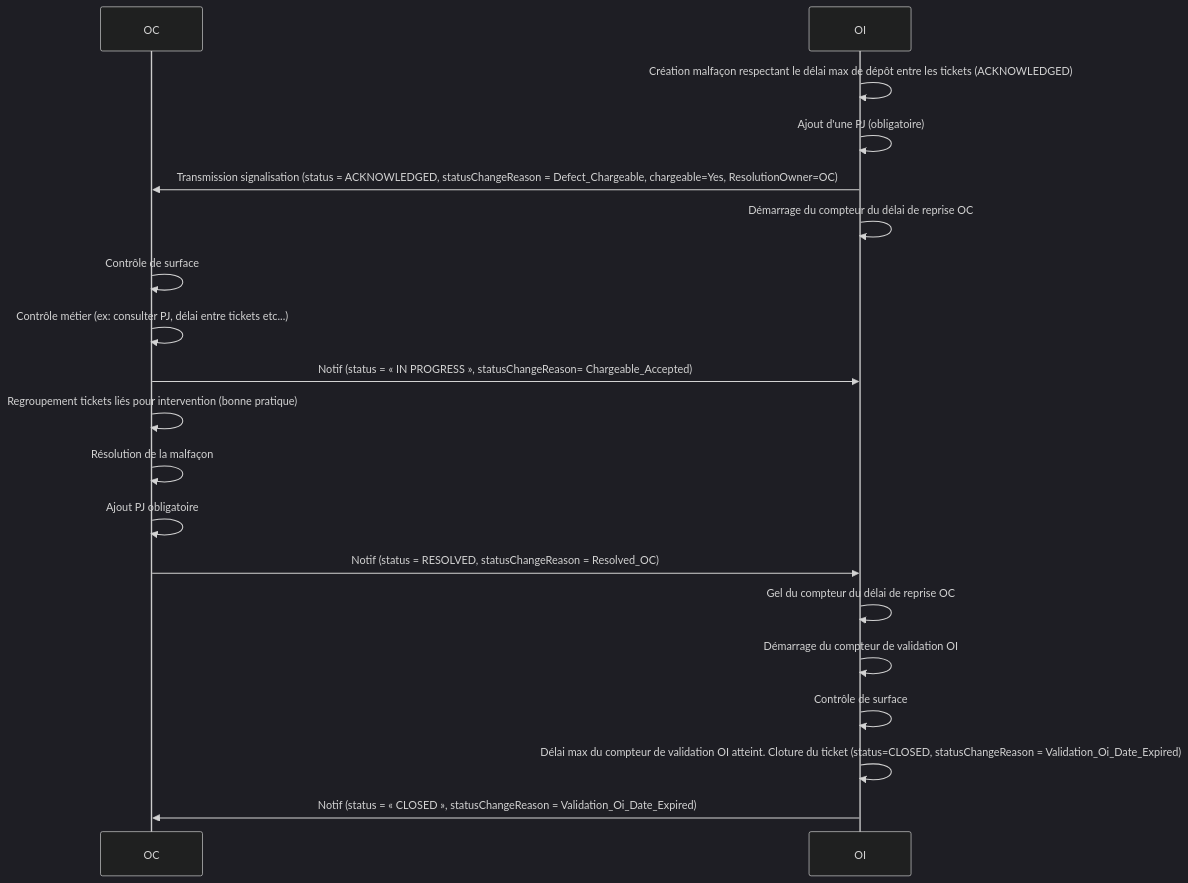
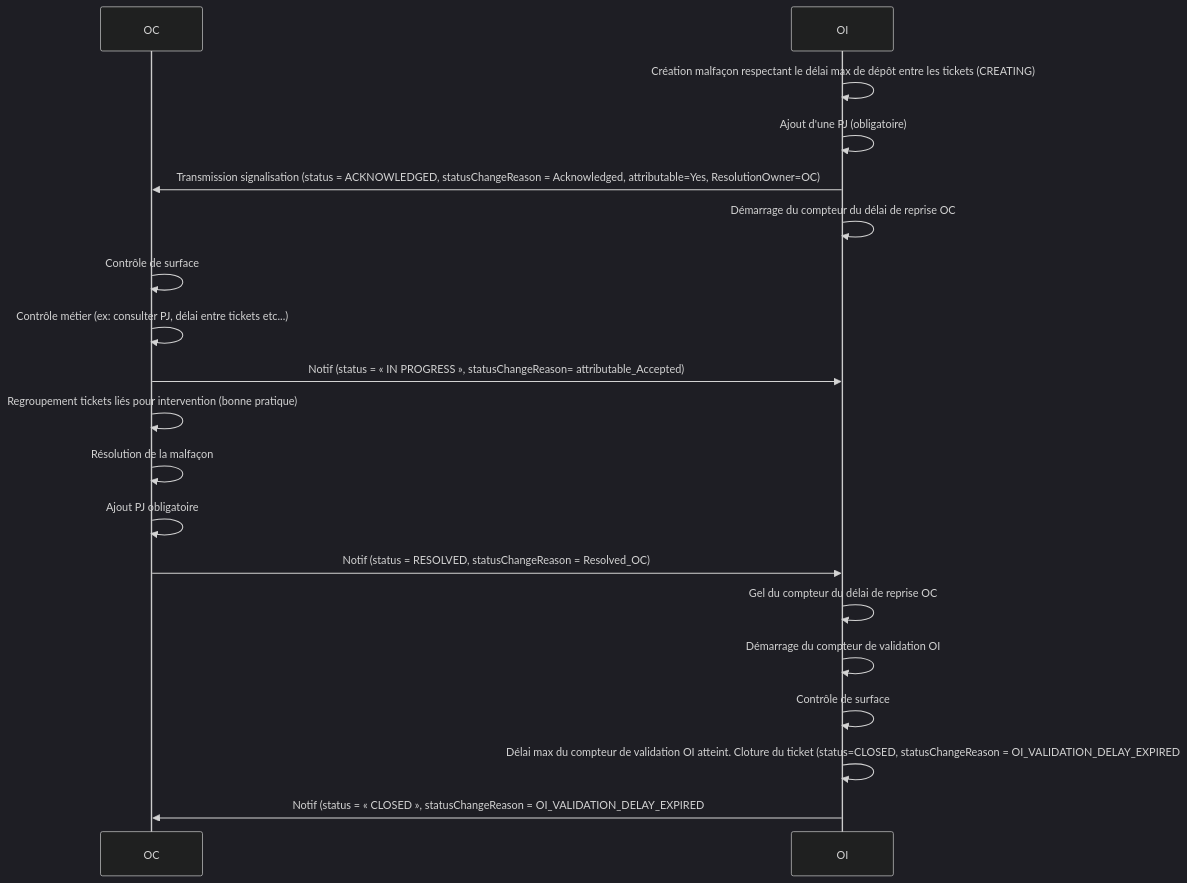
The second of 12 diagrams in README.md (before-interop/malfacon), drawn with Mermaid (dark theme) before and after one commit. The commit also changed other lines of this file and 6 other files, not shown here.

````diff
--- a/README.md
+++ b/README.md
@@ -291,23 +422,23 @@
 ```mermaid
 sequenceDiagram
 
   participant OC
   participant OI
 
-  OI->>OI: Création malfaçon respectant le délai max de dépôt entre les tickets (ACKNOWLEDGED)
+  OI->>OI: Création malfaçon respectant le délai max de dépôt entre les tickets (CREATING)
   OI->>OI: Ajout d'une PJ (obligatoire)
-  OI->>OC: Transmission signalisation (status = ACKNOWLEDGED, statusChangeReason = Defect_Chargeable, chargeable=Yes, ResolutionOwner=OC)
+  OI->>OC: Transmission signalisation (status = ACKNOWLEDGED, statusChangeReason = Acknowledged, attributable=Yes, ResolutionOwner=OC)
   OI->>OI: Démarrage du compteur du délai de reprise OC
   OC->>OC: Contrôle de surface
   OC->>OC: Contrôle métier (ex: consulter PJ, délai entre tickets etc...)
-  OC->>OI: Notif (status = « IN PROGRESS », statusChangeReason= Chargeable_Accepted)
+  OC->>OI: Notif (status = « IN PROGRESS », statusChangeReason= attributable_Accepted)
   OC->>OC: Regroupement tickets liés pour intervention (bonne pratique)
   OC->>OC: Résolution de la malfaçon
   OC->>OC: Ajout PJ obligatoire
   OC->>OI: Notif (status = RESOLVED, statusChangeReason = Resolved_OC)
   OI->>OI: Gel du compteur du délai de reprise OC
   OI->>OI: Démarrage du compteur de validation OI
   OI->>OI: Contrôle de surface
-  OI->>OI: Délai max du compteur de validation OI atteint. Cloture du ticket  (status=CLOSED, statusChangeReason = Validation_Oi_Date_Expired)
-  OI->>OC: Notif (status = « CLOSED », statusChangeReason = Validation_Oi_Date_Expired)
+  OI->>OI: Délai max du compteur de validation OI atteint. Cloture du ticket  (status=CLOSED, statusChangeReason = OI_VALIDATION_DELAY_EXPIRED
+  OI->>OC: Notif (status = « CLOSED », statusChangeReason = OI_VALIDATION_DELAY_EXPIRED
 ```
````
